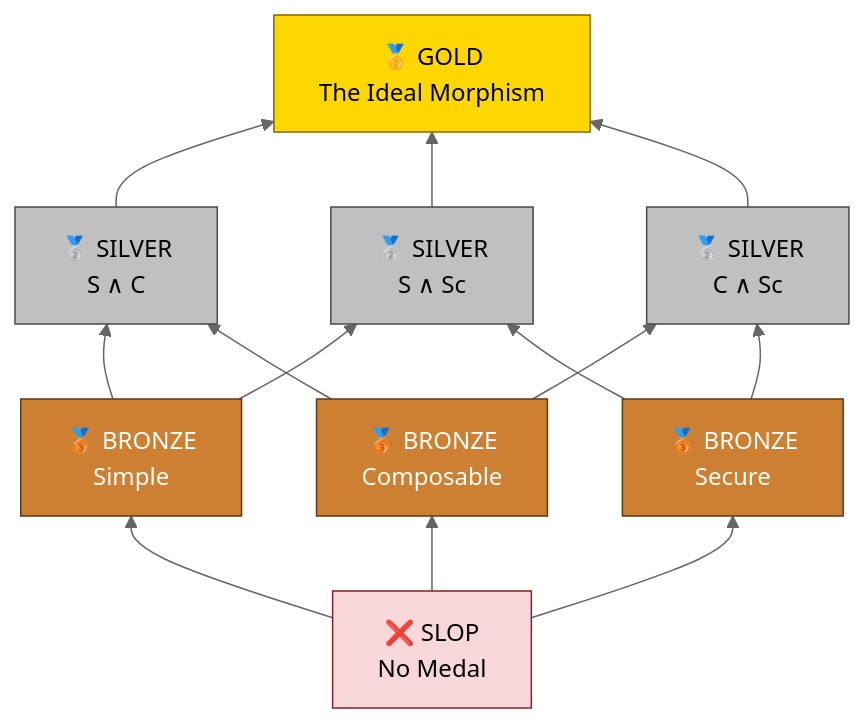
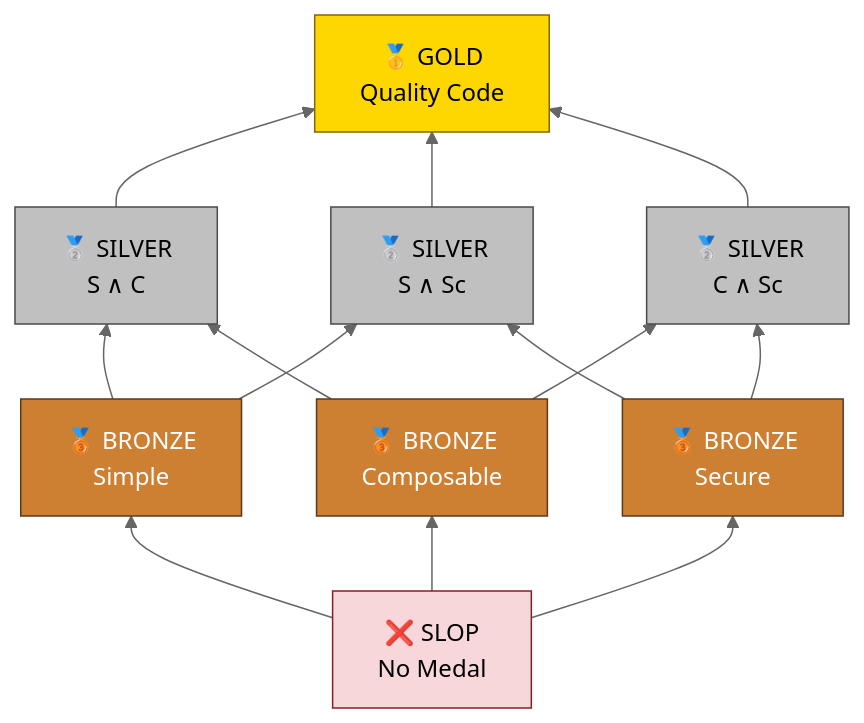
One commit to Krv-Labs/topos changed the diagram in README.md. Above: the diagram before and after it, drawn with Mermaid (neutral theme). The commit also changed 1 other file, not shown here.

Commit message:
Small updates to README and docs r.e. Morphism terminology. (#40)
- Changed the description of the IDEAL morphism in README.md and index.rst from "The Ideal Morphism" to "Quality Code" to better align with the new focus on code quality evaluation.
- Ensured consistency across documentation regarding the terminology used for quality metrics.

````diff
--- a/README.md
+++ b/README.md
@@ -146,33 +146,33 @@
 ```mermaid
 graph BT
     SLOP["❌ SLOP<br/>No Medal"]
     SIMPLE["🥉 BRONZE<br/>Simple"]
     COMPOSABLE["🥉 BRONZE<br/>Composable"]
     SECURE["🥉 BRONZE<br/>Secure"]
     SC["🥈 SILVER<br/>S ∧ C"]
     SSc["🥈 SILVER<br/>S ∧ Sc"]
     CSc["🥈 SILVER<br/>C ∧ Sc"]
-    IDEAL["🥇 GOLD<br/>The Ideal Morphism"]
+    IDEAL["🥇 GOLD<br/>Quality Code"]
 
     SLOP --> SIMPLE
     SLOP --> COMPOSABLE
     SLOP --> SECURE
     SIMPLE --> SC
     SIMPLE --> SSc
     COMPOSABLE --> SC
     COMPOSABLE --> CSc
     SECURE --> SSc
     SECURE --> CSc
     SC --> IDEAL
     SSc --> IDEAL
     CSc --> IDEAL
 
     style SLOP       fill:#f8d7da,stroke:#842029,color:#000
     style SIMPLE     fill:#cd7f32,stroke:#5c3a1e,color:#fff
     style COMPOSABLE fill:#cd7f32,stroke:#5c3a1e,color:#fff
     style SECURE     fill:#cd7f32,stroke:#5c3a1e,color:#fff
     style SC         fill:#c0c0c0,stroke:#4a4a4a,color:#000
     style SSc        fill:#c0c0c0,stroke:#4a4a4a,color:#000
     style CSc        fill:#c0c0c0,stroke:#4a4a4a,color:#000
     style IDEAL      fill:#ffd700,stroke:#856404,color:#000
 ```
````
